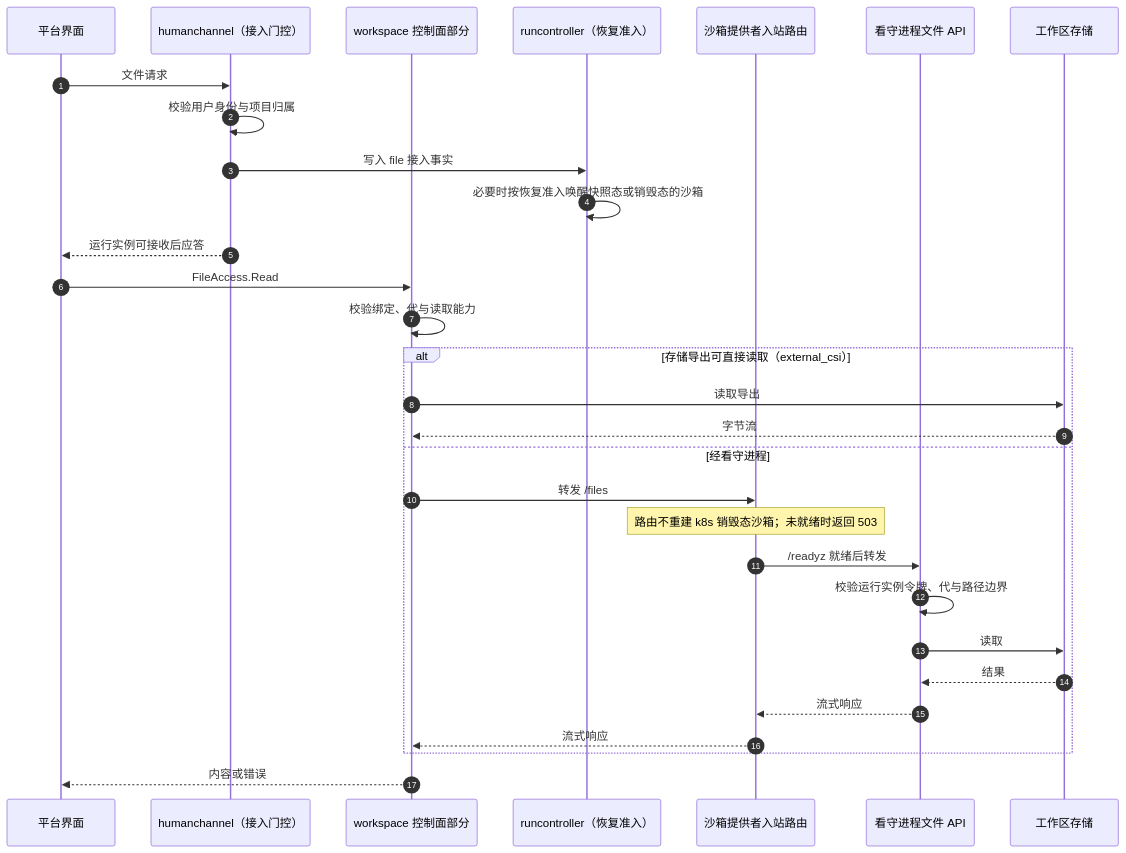
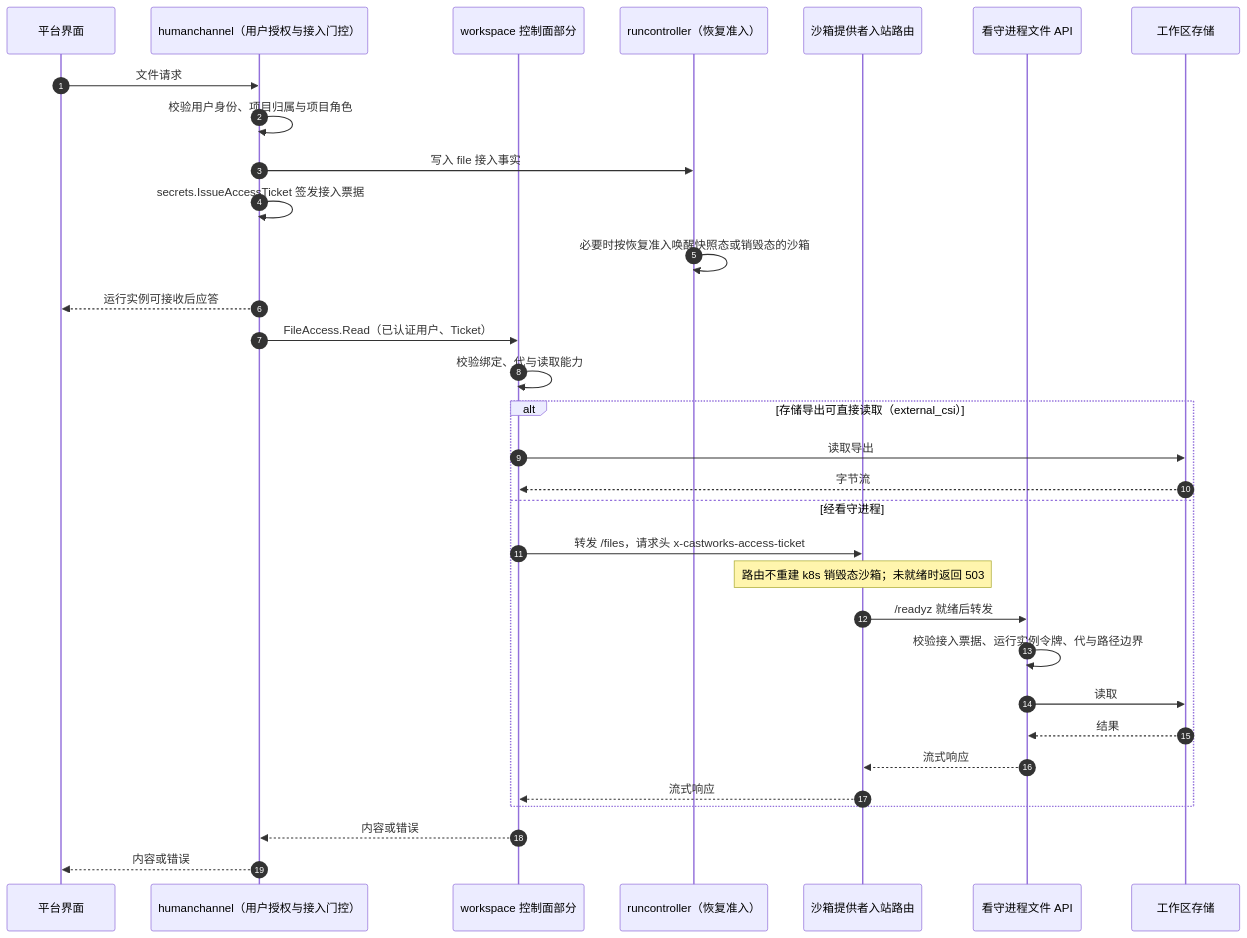
The third of 3 diagrams in docs/design/modules/design-workspace.md (wangzw/castworks), drawn with Mermaid before and after one commit. The commit also changed other lines of this file and 29 other files, not shown here.

````diff
--- a/docs/design/modules/design-workspace.md
+++ b/docs/design/modules/design-workspace.md
@@ -350,32 +368,34 @@
 ```mermaid
 sequenceDiagram
     autonumber
     participant U as 平台界面
-    participant H as humanchannel（接入门控）
+    participant H as humanchannel（用户授权与接入门控）
     participant W as workspace 控制面部分
     participant C as runcontroller（恢复准入）
     participant R as 沙箱提供者入站路由
     participant D as 看守进程文件 API
     participant F as 工作区存储
     U->>H: 文件请求
-    H->>H: 校验用户身份与项目归属
+    H->>H: 校验用户身份、项目归属与项目角色
     H->>C: 写入 file 接入事实
+    H->>H: secrets.IssueAccessTicket 签发接入票据
     C->>C: 必要时按恢复准入唤醒快照态或销毁态的沙箱
     H-->>U: 运行实例可接收后应答
-    U->>W: FileAccess.Read
+    H->>W: FileAccess.Read（已认证用户、Ticket）
     W->>W: 校验绑定、代与读取能力
     alt 存储导出可直接读取（external_csi）
         W->>F: 读取导出
         F-->>W: 字节流
     else 经看守进程
-        W->>R: 转发 /files
+        W->>R: 转发 /files，请求头 x-castworks-access-ticket
         Note over R: 路由不重建 k8s 销毁态沙箱；未就绪时返回 503
         R->>D: /readyz 就绪后转发
-        D->>D: 校验运行实例令牌、代与路径边界
+        D->>D: 校验接入票据、运行实例令牌、代与路径边界
         D->>F: 读取
         F-->>D: 结果
         D-->>R: 流式响应
         R-->>W: 流式响应
     end
-    W-->>U: 内容或错误
+    W-->>H: 内容或错误
+    H-->>U: 内容或错误
 ```
````
